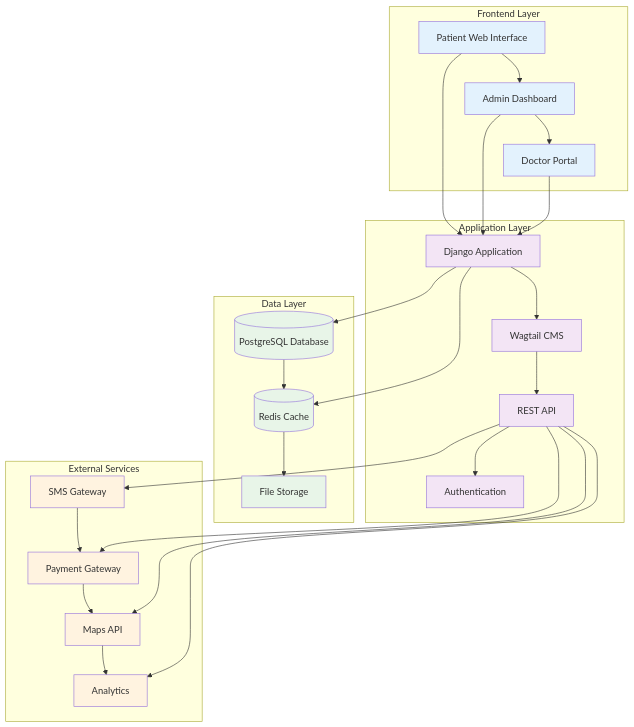
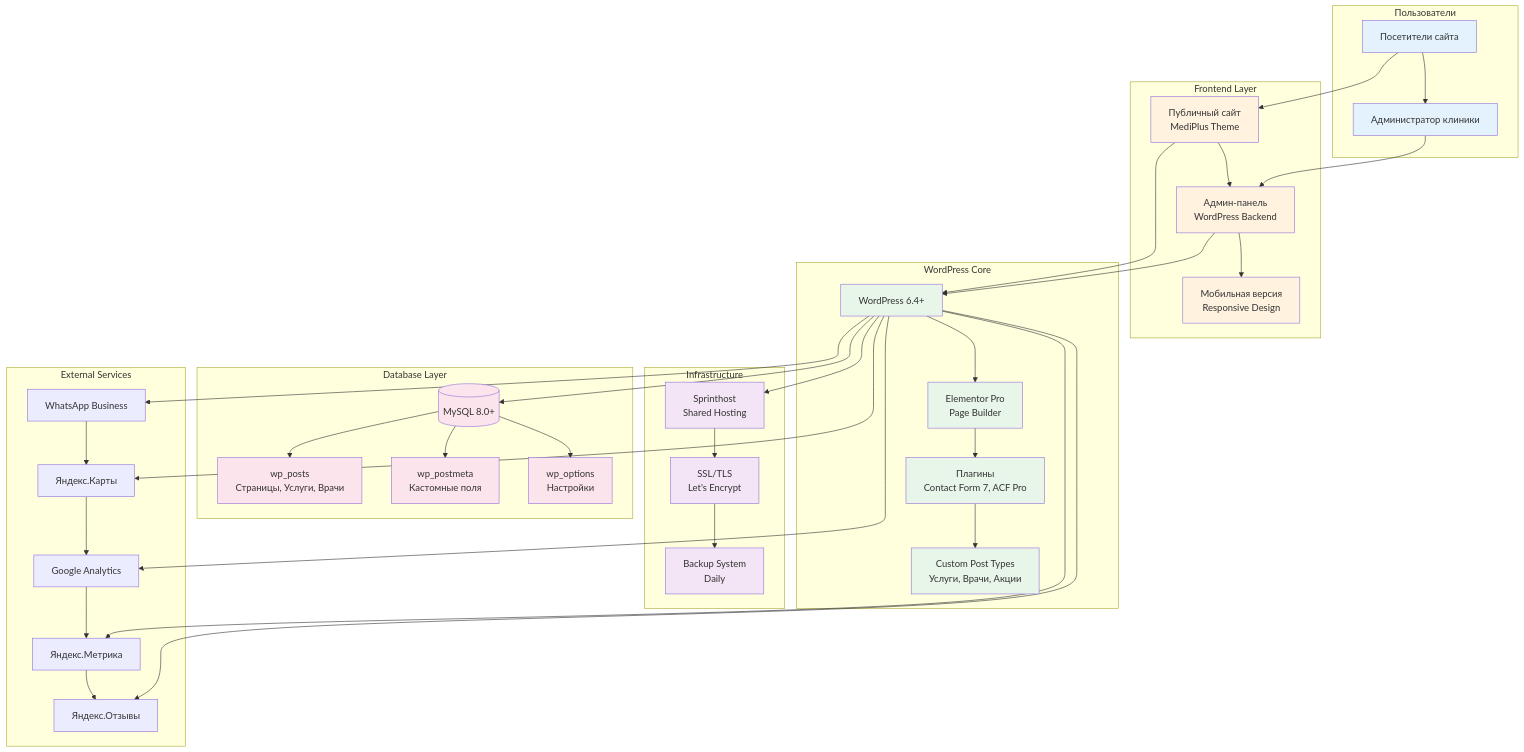
One commit to zaebee/medicine changed the first of 2 diagrams in docs/architecture-overview.md. Above: the diagram before and after it, drawn with Mermaid. The commit also changed other lines of this file, not shown here.

First line of the commit message:
feat: Обновить архитектуру с учетом выбора WordPress

````diff
--- a/docs/architecture-overview.md
+++ b/docs/architecture-overview.md
@@ -64,49 +120,68 @@
 ```mermaid
 graph TB
-    subgraph "Frontend Layer"
-        A[Patient Web Interface] --> B[Admin Dashboard]
-        B --> C[Doctor Portal]
+    subgraph "Пользователи"
+        A[Посетители сайта] --> B[Администратор клиники]
     end
 
-    subgraph "Application Layer"
-        D[Django Application] --> E[Wagtail CMS]
-        E --> F[REST API]
-        F --> G[Authentication]
+    subgraph "Frontend Layer"
+        C[Публичный сайт<br/>MediPlus Theme] --> D[Админ-панель<br/>WordPress Backend]
+        D --> E[Мобильная версия<br/>Responsive Design]
     end
 
-    subgraph "Data Layer"
-        H[(PostgreSQL Database)] --> I[(Redis Cache)]
-        I --> J[File Storage]
+    subgraph "WordPress Core"
+        F[WordPress 6.4+] --> G[Elementor Pro<br/>Page Builder]
+        G --> H[Плагины<br/>Contact Form 7, ACF Pro]
+        H --> I[Custom Post Types<br/>Услуги, Врачи, Акции]
+    end
+
+    subgraph "Database Layer"
+        J[(MySQL 8.0+)]
+        K[wp_posts<br/>Страницы, Услуги, Врачи]
+        L[wp_postmeta<br/>Кастомные поля]
+        M[wp_options<br/>Настройки]
+    end
+
+    subgraph "Infrastructure"
+        N[Sprinthost<br/>Shared Hosting] --> O[SSL/TLS<br/>Let's Encrypt]
+        O --> P[Backup System<br/>Daily]
     end
 
     subgraph "External Services"
-        K[SMS Gateway] --> L[Payment Gateway]
-        L --> M[Maps API]
-        M --> N[Analytics]
+        Q[WhatsApp Business] --> R[Яндекс.Карты]
+        R --> S[Google Analytics]
+        S --> T[Яндекс.Метрика]
+        T --> U[Яндекс.Отзывы]
     end
 
-    A --> D
+    A --> C
     B --> D
-    C --> D
-    D --> H
-    D --> I
-    F --> K
-    F --> L
-    F --> M
+    C --> F
+    D --> F
+    F --> J
+    J --> K
+    J --> L
+    J --> M
     F --> N
+    F --> Q
+    F --> R
+    F --> S
+    F --> T
+    F --> U
 
     style A fill:#e3f2fd
     style B fill:#e3f2fd
-    style C fill:#e3f2fd
-    style D fill:#f3e5f5
-    style E fill:#f3e5f5
-    style F fill:#f3e5f5
-    style G fill:#f3e5f5
-    style H fill:#e8f5e8
-    style I fill:#e8f5e8
-    style J fill:#e8f5e8
-    style K fill:#fff3e0
-    style L fill:#fff3e0
-    style M fill:#fff3e0
-    style N fill:#fff3e0
+    style C fill:#fff3e0
+    style D fill:#fff3e0
+    style E fill:#fff3e0
+    style F fill:#e8f5e9
+    style G fill:#e8f5e9
+    style H fill:#e8f5e9
+    style I fill:#e8f5e9
+    style J fill:#fce4ec
+    style K fill:#fce4ec
+    style L fill:#fce4ec
+    style M fill:#fce4ec
+    style N fill:#f3e5f5
+    style O fill:#f3e5f5
+    style P fill:#f3e5f5
 ```
````
